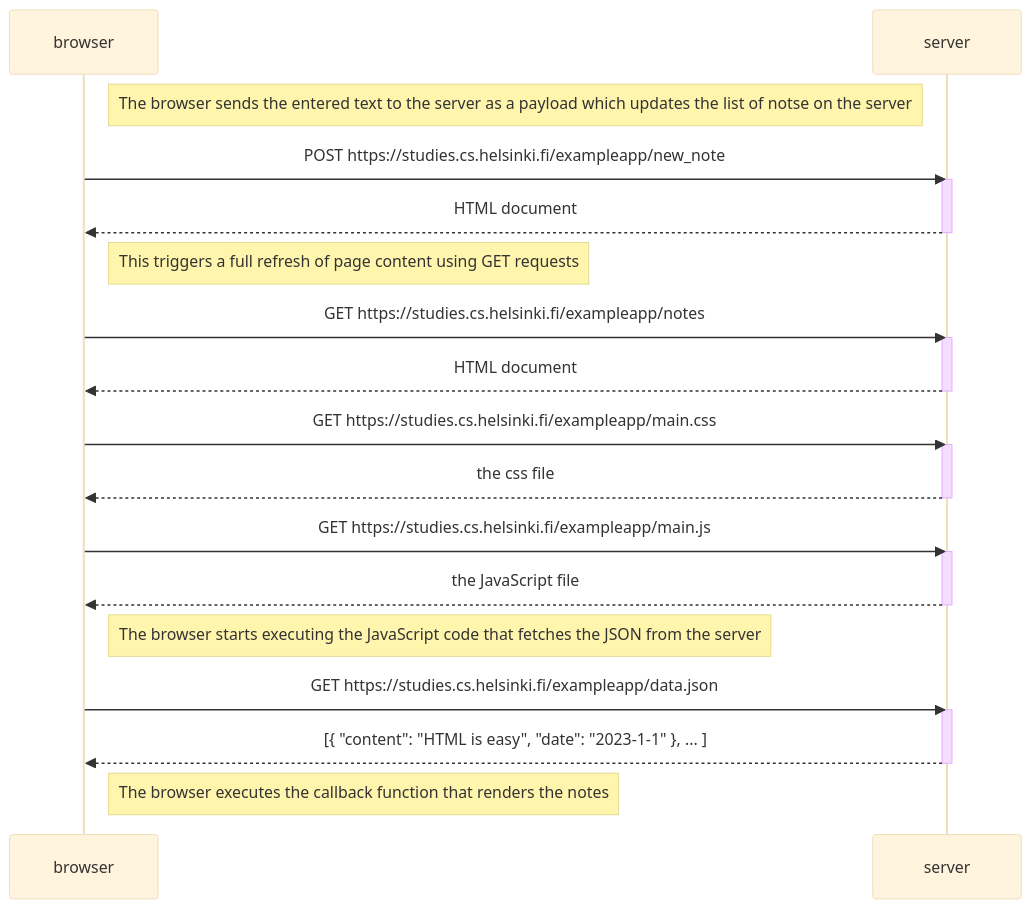
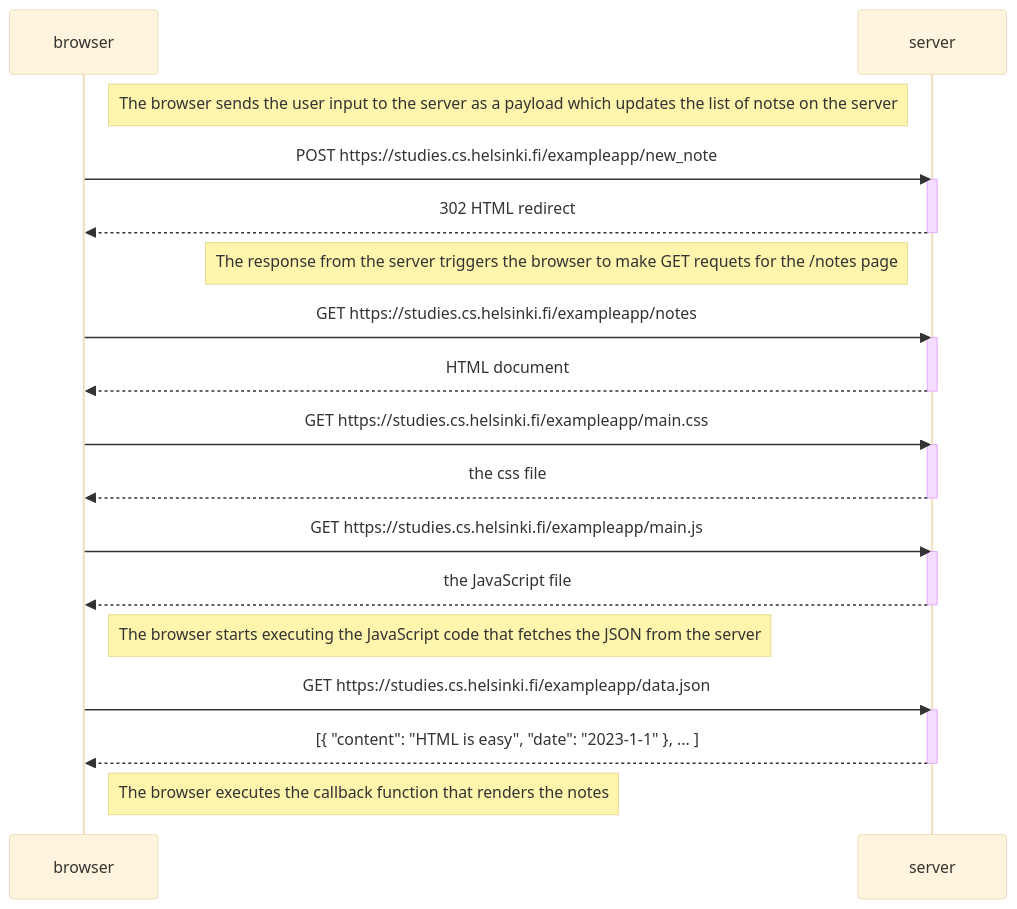
The diagram in part0/README.md (susa-nah/full-stack-open), drawn with Mermaid (base theme) before and after one commit.

Commit message:
Add unsaved changes to 0.4.

````diff
--- a/part0/README.md
+++ b/part0/README.md
@@ -33,38 +33,38 @@
 ```mermaid
 sequenceDiagram
     participant browser
     participant server
 
-    Note right of browser: The browser sends the entered text to the server as a payload which updates the list of notse on the server
+    Note right of browser: The browser sends the user input to the server as a payload which updates the list of notse on the server
 
     browser->>server: POST https://studies.cs.helsinki.fi/exampleapp/new_note
     activate server
-    server-->>browser: HTML document
+    server-->>browser: 302 HTML redirect
     deactivate server
 
-    Note right of browser: This triggers a full refresh of page content using GET requests
+    Note left of server: The response from the server triggers the browser to make GET requets for the /notes page
 
     browser->>server: GET https://studies.cs.helsinki.fi/exampleapp/notes
     activate server
     server-->>browser: HTML document
     deactivate server
 
     browser->>server: GET https://studies.cs.helsinki.fi/exampleapp/main.css
     activate server
     server-->>browser: the css file
     deactivate server
 
     browser->>server: GET https://studies.cs.helsinki.fi/exampleapp/main.js
     activate server
     server-->>browser: the JavaScript file
     deactivate server
 
     Note right of browser: The browser starts executing the JavaScript code that fetches the JSON from the server
 
     browser->>server: GET https://studies.cs.helsinki.fi/exampleapp/data.json
     activate server
     server-->>browser: [{ "content": "HTML is easy", "date": "2023-1-1" }, ... ]
     deactivate server
 
     Note right of browser: The browser executes the callback function that renders the notes
 ```
````
